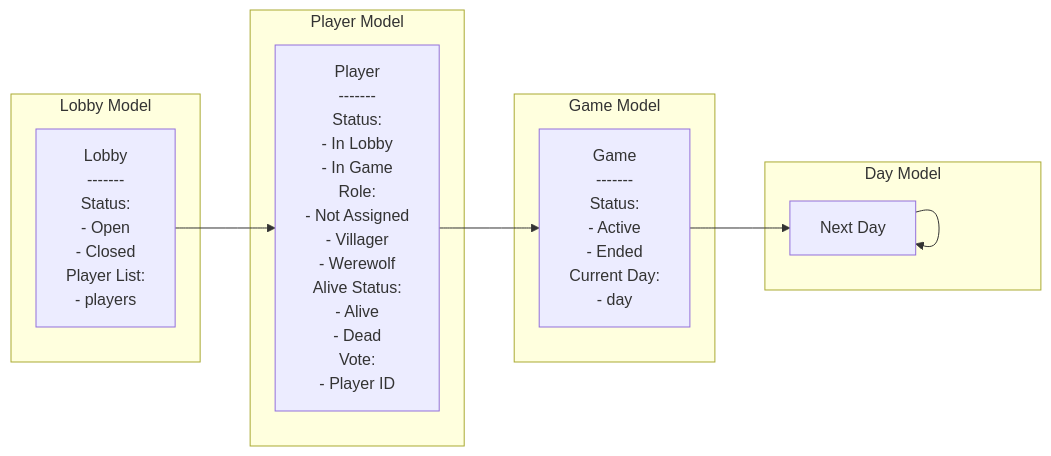
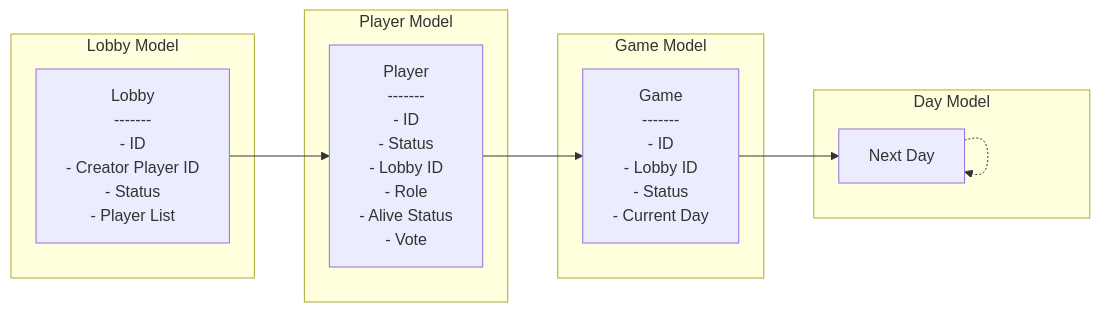
One commit to akhercha/werewolves-of-cairo changed the second of 2 diagrams in docs/architecture.md. Above: the diagram before and after it, drawn with Mermaid. The commit also changed other lines of this file, not shown here.

````diff
--- a/docs/architecture.md
+++ b/docs/architecture.md
@@ -21,50 +22,42 @@
 ```mermaid
 graph LR
   subgraph "Lobby Model"
     Lobby["Lobby 
     -------
-    Status: 
-      - Open
-      - Closed
-    Player List: 
-      - players"]
+    - ID
+    - Creator Player ID
+    - Status
+    - Player List"]
   end
   subgraph "Player Model"
     Player["Player 
     -------
-    Status: 
-      - In Lobby
-      - In Game
-    Role: 
-      - Not Assigned
-      - Villager
-      - Werewolf
-    Alive Status: 
-      - Alive
-      - Dead
-    Vote: 
-      - Player ID"]
+    - ID
+    - Status
+    - Lobby ID
+    - Role
+    - Alive Status
+    - Vote"]
   end
   subgraph "Game Model"
     Game["Game 
     -------
-    Status: 
-      - Active
-      - Ended
-    Current Day: 
-      - day"]
+    - ID
+    - Lobby ID
+    - Status
+    - Current Day"]
   end
   subgraph "Day Model"
     Day["Day 
     -------
-    Status: 
-      - Active
-      - Ended
-    Events: 
-      - events"]
+    - ID
+    - Game ID
+    - Status
+    - Number
+    - Events"]
   end
   Lobby --> Player
   Player --> Game
   Game --> Day
-  Day --> Day[Next Day]
+  Day -.-> Day[Next Day]
 ```
````
